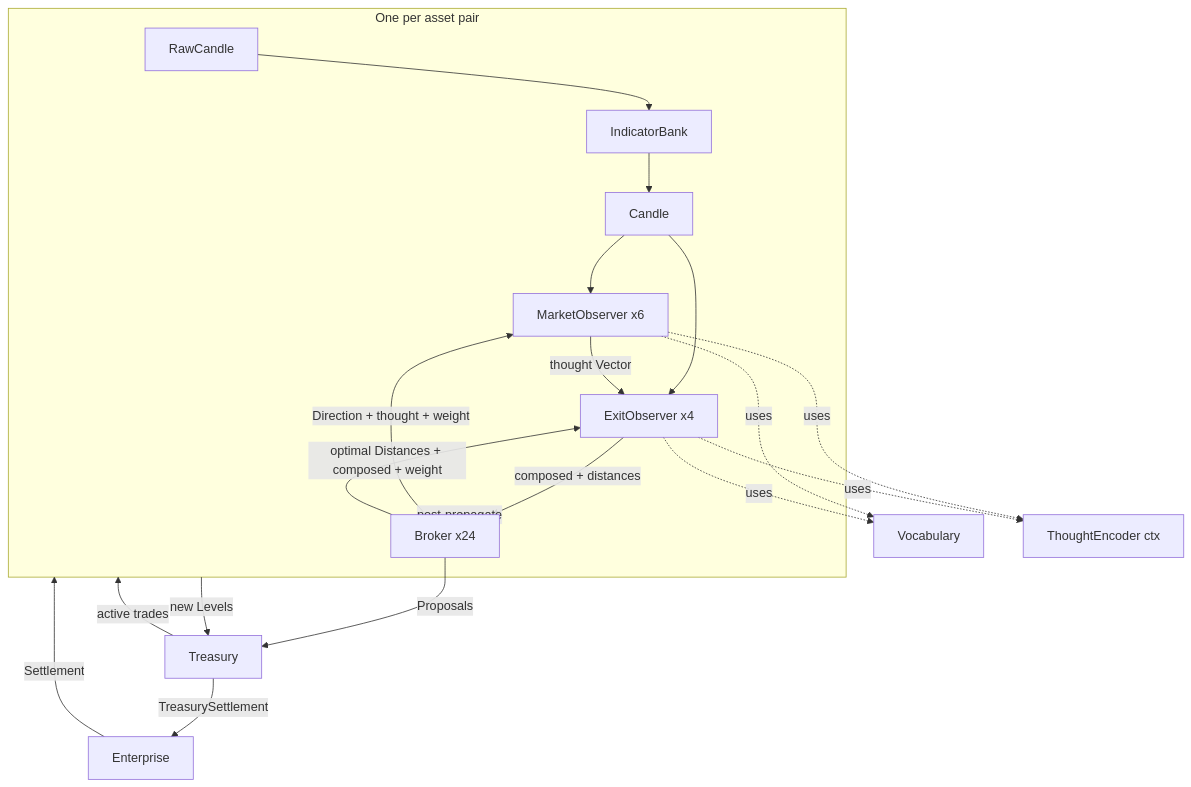
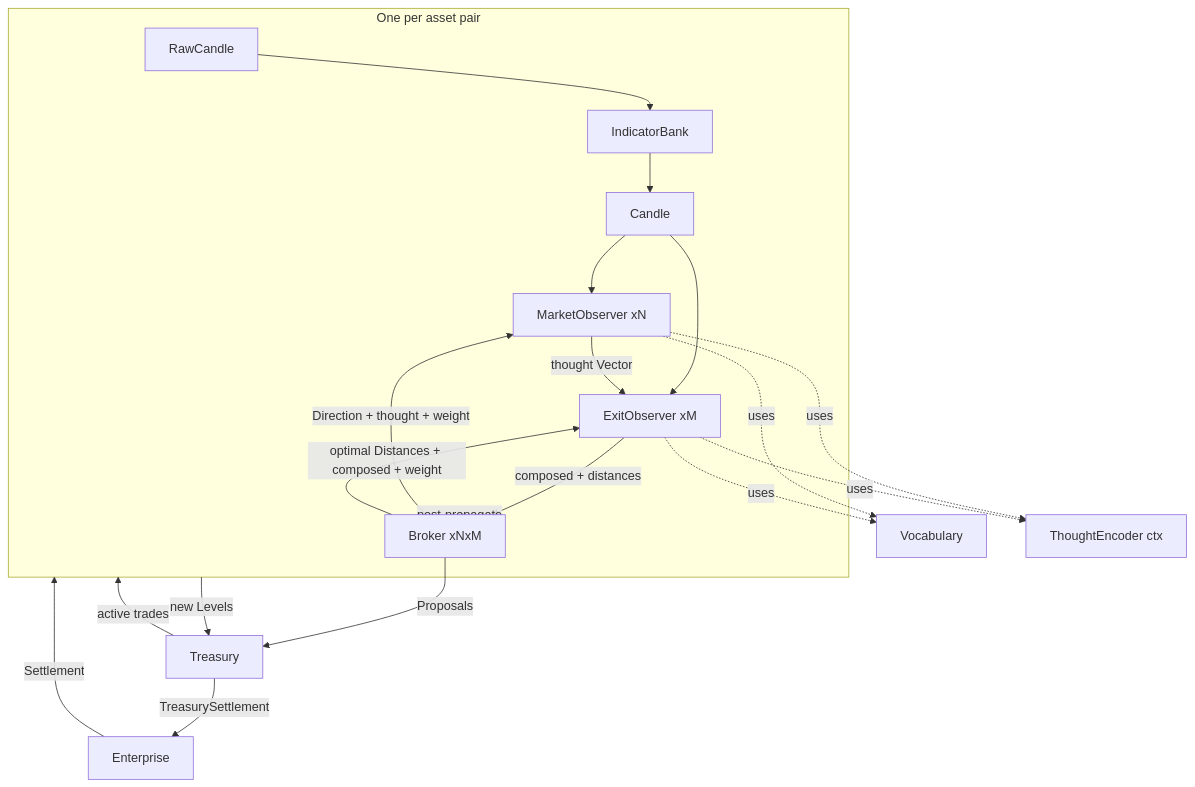
Before and after one commit to watmin/holon-lab-trading: the first of 8 diagrams in wat/CIRCUIT.md, drawn with Mermaid. The commit also changed other lines of this file and 2 other files, not shown here.

Commit message:
wat: prose fixes — cloud zone→position, hardcoded counts→N/M, curve dissolved from circuit legend
ichimoku: "cloud zone" → "cloud position" (guide + wat header)
guide: N and M determined by lens enums, not hardcoded 6/4/24
circuit: MarketObserver xN, ExitObserver xM, Broker xNxM
circuit legend: curve removed from observer/broker (internal to reckoner)

````diff
--- a/wat/CIRCUIT.md
+++ b/wat/CIRCUIT.md
@@ -15,23 +15,23 @@
 ```mermaid
 graph TD
     subgraph Post [One per asset pair]
         RC[RawCandle] --> IB[IndicatorBank]
         IB --> CD[Candle]
-        CD --> MO[MarketObserver x6]
-        CD --> EO[ExitObserver x4]
+        CD --> MO[MarketObserver xN]
+        CD --> EO[ExitObserver xM]
         MO -->|thought Vector| EO
-        EO -->|composed + distances| BR[Broker x24]
+        EO -->|composed + distances| BR[Broker xNxM]
     end
     MO -.->|uses| VO[Vocabulary]
     MO -.->|uses| TE[ThoughtEncoder ctx]
     EO -.->|uses| VO
     EO -.->|uses| TE
     BR -->|Proposals| TR[Treasury]
     TR -->|TreasurySettlement| EN[Enterprise]
     EN -->|Settlement| Post
     Post -->|post-propagate| BR
     BR -->|Direction + thought + weight| MO
     BR -->|optimal Distances + composed + weight| EO
     TR -->|active trades| Post
     Post -->|new Levels| TR
 ```
````
